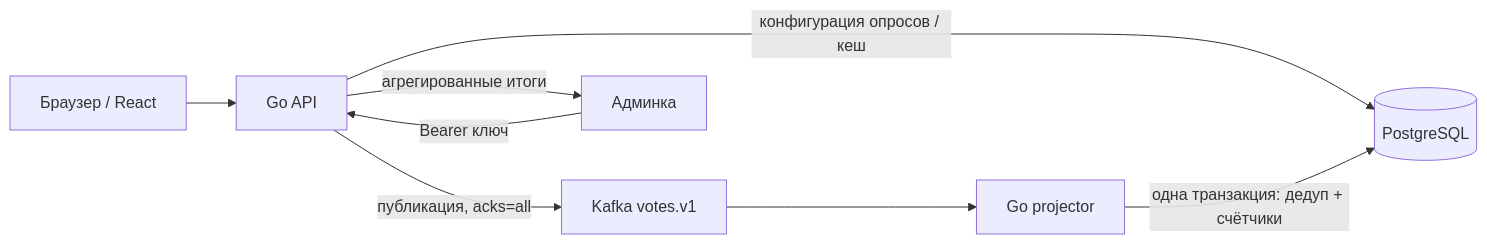
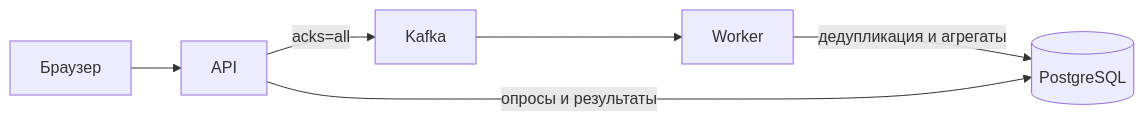
Before and after one commit to LimeOnTop/VOTING: the diagram in README.md, drawn with Mermaid. The commit also changed other lines of this file and 19 other files, not shown here.

````diff
--- a/README.md
+++ b/README.md
@@ -34,10 +25,8 @@
 ```mermaid
 flowchart LR
-    Browser[Браузер / React] --> API[Go API]
-    API -->|публикация, acks=all| Kafka[Kafka votes.v1]
-    API -->|конфигурация опросов / кеш| PG[(PostgreSQL)]
-    Kafka --> Worker[Go projector]
-    Worker -->|одна транзакция: дедуп + счётчики| PG
-    Admin[Админка] -->|Bearer ключ| API
-    API -->|агрегированные итоги| Admin
+    Browser[Браузер] --> API[API]
+    API -->|acks=all| Kafka[Kafka]
+    Kafka --> Worker[Worker]
+    Worker -->|дедупликация и агрегаты| DB[(PostgreSQL)]
+    API -->|опросы и результаты| DB
 ```
````
